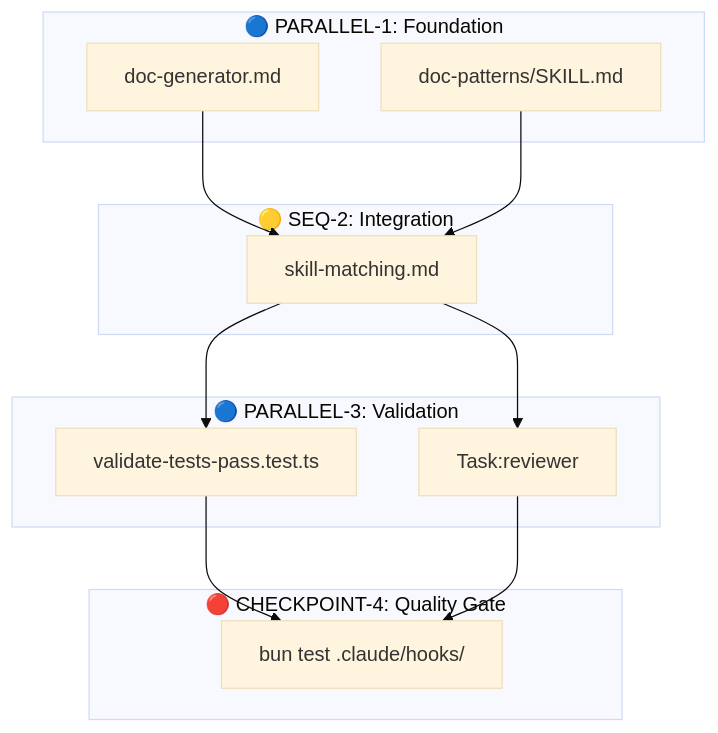
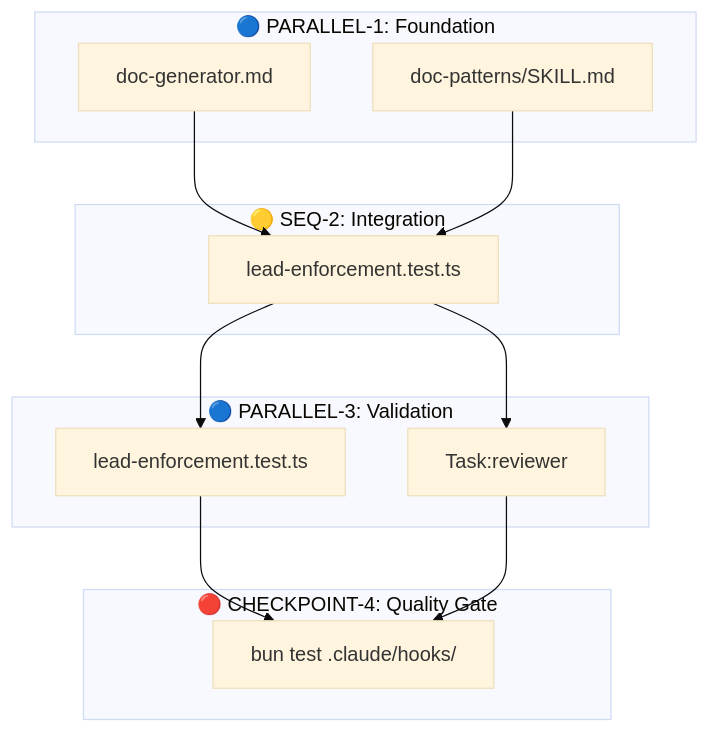
One commit to MaciWP/claude-code-poneglyph changed the second of 2 diagrams in .claude/skills/planner-protocol/references/06-output-format.md. Above: the diagram before and after it, drawn with Mermaid (base theme). The commit also changed other lines of this file and 18 other files, not shown here.

````diff
--- a/.claude/skills/planner-protocol/references/06-output-format.md
+++ b/.claude/skills/planner-protocol/references/06-output-format.md
@@ -119,23 +119,23 @@
 ```mermaid
 graph TD
   subgraph "🔵 PARALLEL-1: Foundation"
     A[doc-generator.md]
     B[doc-patterns/SKILL.md]
   end
   subgraph "🟡 SEQ-2: Integration"
-    C[skill-matching.md]
+    C[lead-enforcement.test.ts]
   end
   subgraph "🔵 PARALLEL-3: Validation"
-    D[validate-tests-pass.test.ts]
+    D[lead-enforcement.test.ts]
     E[Task:reviewer]
   end
   subgraph "🔴 CHECKPOINT-4: Quality Gate"
     F[bun test .claude/hooks/]
   end
   A --> C
   B --> C
   C --> D
   C --> E
   D --> F
   E --> F
 ```
````
